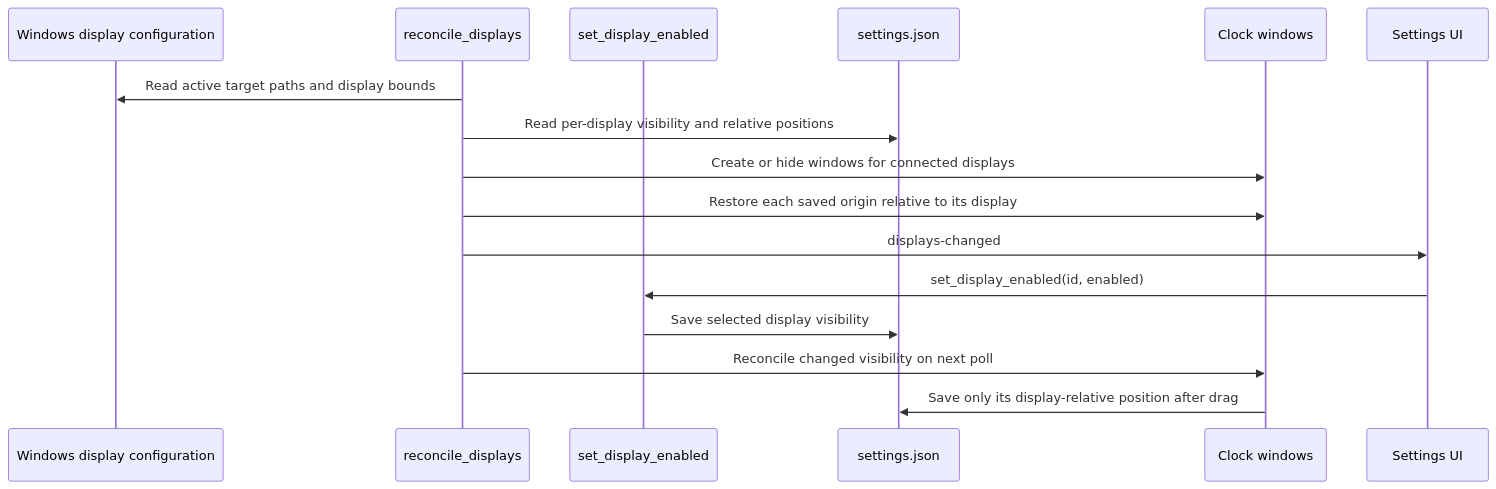
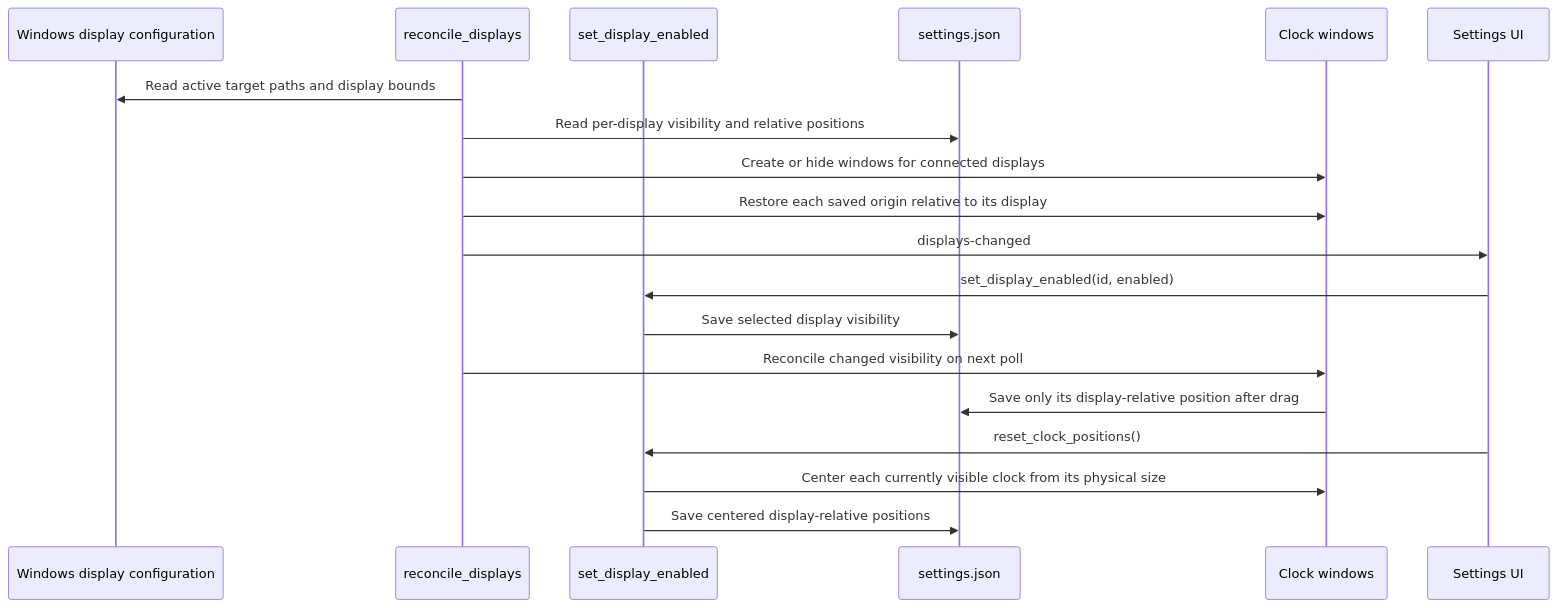
Before and after one commit to tbkmax/TopClock: the fourth of 4 diagrams in src-tauri/src/doc/workflow_diagram.md, drawn with Mermaid. The commit also changed other lines of this file and 13 other files, not shown here.

Commit message:
feat(clock): add reset position button in setting page

````diff
--- a/src-tauri/src/doc/workflow_diagram.md
+++ b/src-tauri/src/doc/workflow_diagram.md
@@ -134,18 +134,21 @@
 ```mermaid
 sequenceDiagram
     participant Windows as Windows display configuration
     participant Manager as reconcile_displays
     participant Rust as set_display_enabled
     participant File as settings.json
     participant Clock as Clock windows
     participant Settings as Settings UI
     Manager->>Windows: Read active target paths and display bounds
     Manager->>File: Read per-display visibility and relative positions
     Manager->>Clock: Create or hide windows for connected displays
     Manager->>Clock: Restore each saved origin relative to its display
     Manager->>Settings: displays-changed
     Settings->>Rust: set_display_enabled(id, enabled)
     Rust->>File: Save selected display visibility
     Manager->>Clock: Reconcile changed visibility on next poll
     Clock->>File: Save only its display-relative position after drag
+    Settings->>Rust: reset_clock_positions()
+    Rust->>Clock: Center each currently visible clock from its physical size
+    Rust->>File: Save centered display-relative positions
 ```
````
